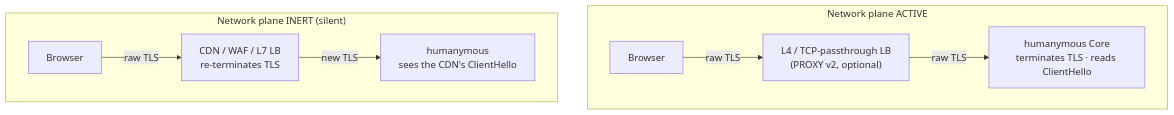
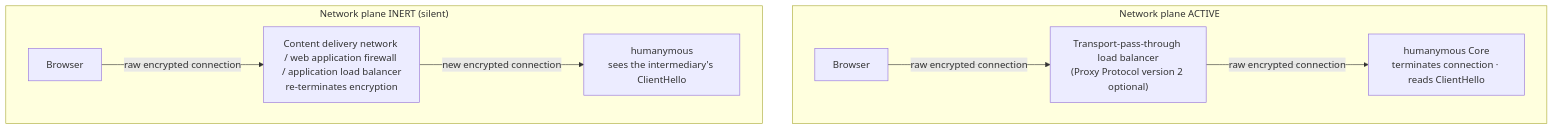
The diagram in docs/reference/supported-topologies.md (modootoday/humanymous), drawn with Mermaid before and after one commit. The commit also changed other lines of this file and 62 other files, not shown here.

````diff
--- a/docs/reference/supported-topologies.md
+++ b/docs/reference/supported-topologies.md
@@ -51,11 +51,11 @@
 ```mermaid
 flowchart TB
   subgraph GOOD["Network plane ACTIVE"]
     direction LR
-    B1["Browser"] -->|"raw TLS"| L4["L4 / TCP-passthrough LB<br/>(PROXY v2, optional)"] -->|"raw TLS"| C1["humanymous Core<br/>terminates TLS · reads ClientHello"]
+    B1["Browser"] -->|"raw encrypted connection"| Pass["Transport-pass-through load balancer<br/>(Proxy Protocol version 2 optional)"] -->|"raw encrypted connection"| C1["humanymous Core<br/>terminates connection · reads ClientHello"]
   end
   subgraph BAD["Network plane INERT (silent)"]
     direction LR
-    B2["Browser"] -->|"raw TLS"| CDN["CDN / WAF / L7 LB<br/>re-terminates TLS"] -->|"new TLS"| C2["humanymous<br/>sees the CDN's ClientHello"]
+    B2["Browser"] -->|"raw encrypted connection"| CDN["Content delivery network / web application firewall / application load balancer<br/>re-terminates encryption"] -->|"new encrypted connection"| C2["humanymous<br/>sees the intermediary's ClientHello"]
   end
 ```
````
